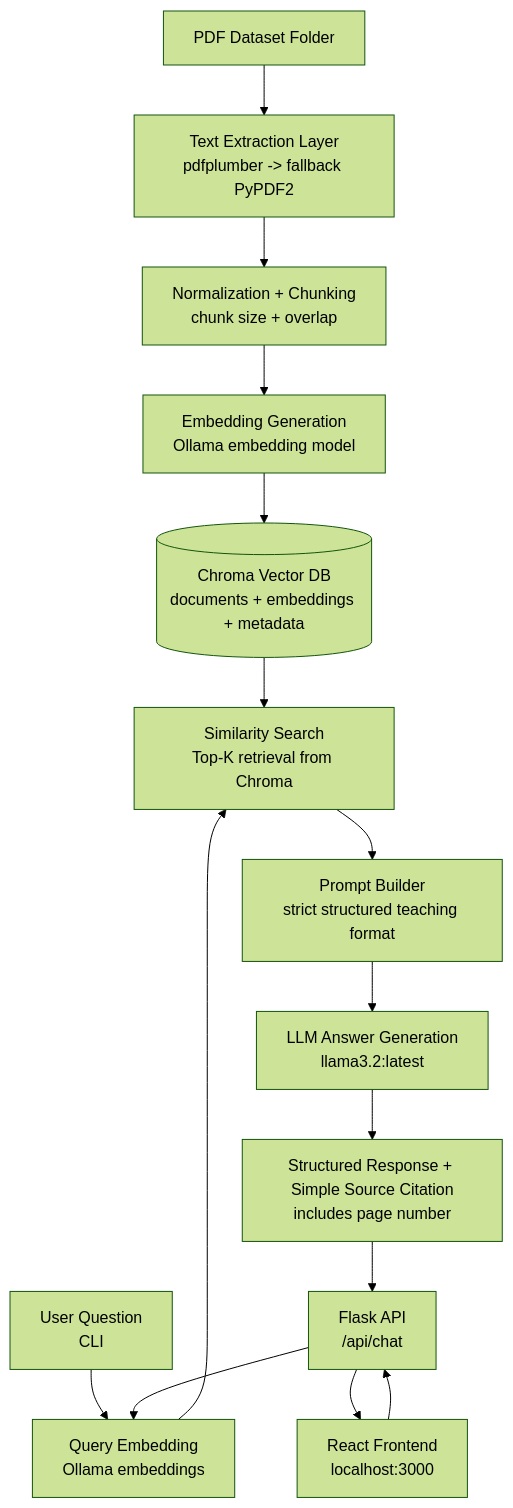
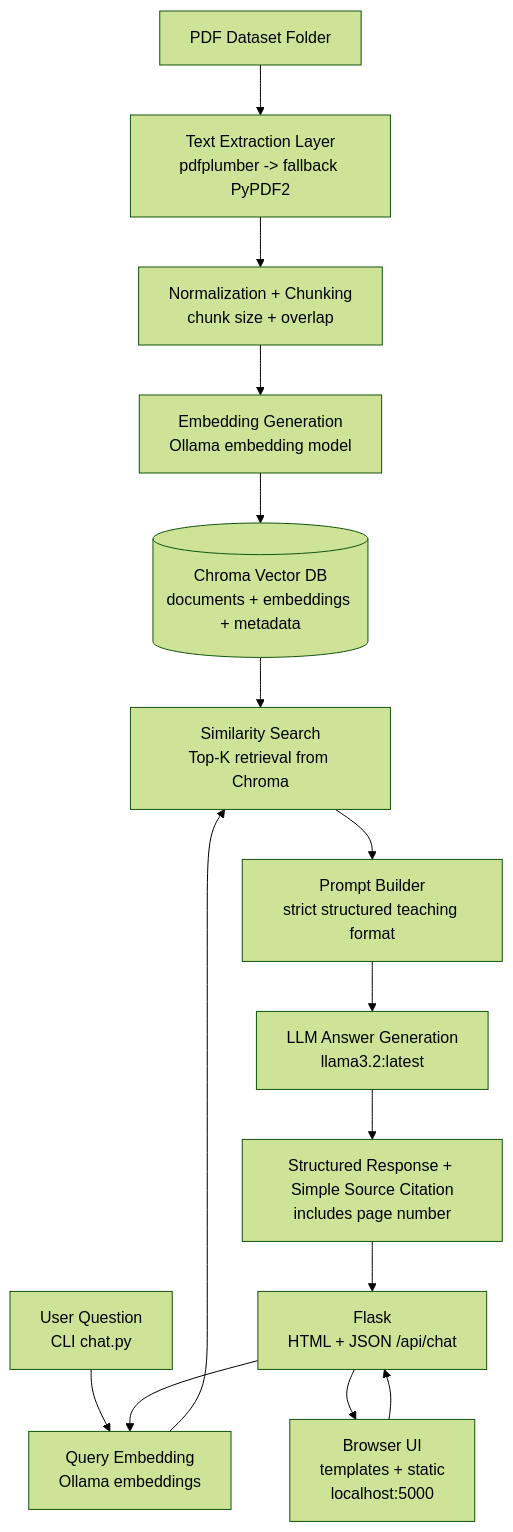
Before and after one commit to DineshTechCrafts/Biostat-AI-Chatbot-using-LLM-and-RAG: the diagram in README.md, drawn with Mermaid (forest theme). The commit also changed other lines of this file and 22 other files, not shown here.

Commit message:
Replace React frontend with vanilla HTML/CSS/JS served by Flask

````diff
--- a/README.md
+++ b/README.md
@@ -46,19 +48,19 @@
 ```mermaid
 flowchart TD
     A[PDF Dataset Folder] --> B[Text Extraction Layer<br/>pdfplumber -> fallback PyPDF2]
     B --> C[Normalization + Chunking<br/>chunk size + overlap]
     C --> D[Embedding Generation<br/>Ollama embedding model]
     D --> E[(Chroma Vector DB<br/>documents + embeddings + metadata)]
 
-    F[React Frontend<br/>localhost:3000] --> API[Flask API<br/>/api/chat]
-    U[User Question<br/>CLI] --> Q[Query Embedding<br/>Ollama embeddings]
+    BROWSER[Browser UI<br/>templates + static<br/>localhost:5000] --> API[Flask<br/>HTML + JSON /api/chat]
+    U[User Question<br/>CLI chat.py] --> Q[Query Embedding<br/>Ollama embeddings]
     API --> Q
     Q --> R[Similarity Search<br/>Top-K retrieval from Chroma]
     R --> P[Prompt Builder<br/>strict structured teaching format]
     P --> L[LLM Answer Generation<br/>llama3.2:latest]
     L --> O[Structured Response + Simple Source Citation<br/>includes page number]
     O --> API
-    API --> F
+    API --> BROWSER
 
     E --> R
 ```
````
